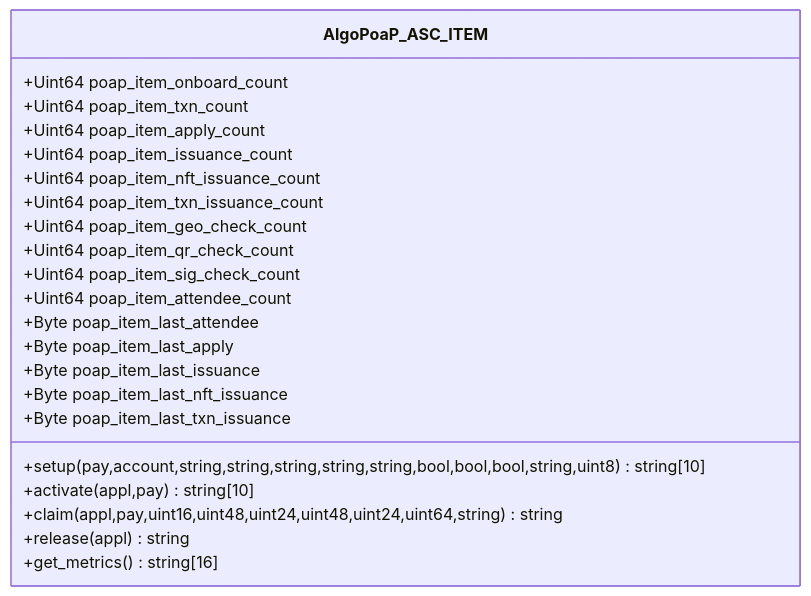
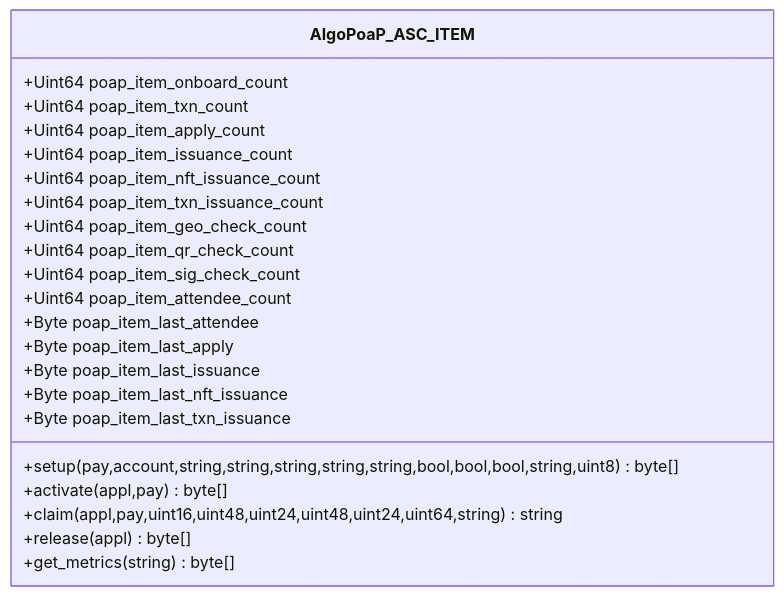
Before and after one commit to GoPlausible/.github: the tenth of 10 diagrams in profile/README.md, drawn with Mermaid. The commit also changed other lines of this file, not shown here.

````diff
--- a/profile/README.md
+++ b/profile/README.md
@@ -361,28 +361,28 @@
 ```mermaid
   classDiagram
     class AlgoPoaP_ASC_ITEM
     AlgoPoaP_ASC_ITEM : +Uint64 poap_item_onboard_count
     AlgoPoaP_ASC_ITEM : +Uint64 poap_item_txn_count
     AlgoPoaP_ASC_ITEM : +Uint64 poap_item_apply_count
     AlgoPoaP_ASC_ITEM : +Uint64 poap_item_issuance_count
     AlgoPoaP_ASC_ITEM : +Uint64 poap_item_nft_issuance_count
     AlgoPoaP_ASC_ITEM : +Uint64 poap_item_txn_issuance_count
 
     AlgoPoaP_ASC_ITEM : +Uint64 poap_item_geo_check_count
     AlgoPoaP_ASC_ITEM : +Uint64 poap_item_qr_check_count
     AlgoPoaP_ASC_ITEM : +Uint64 poap_item_sig_check_count
 
     AlgoPoaP_ASC_ITEM : +Uint64 poap_item_attendee_count
     AlgoPoaP_ASC_ITEM : +Byte poap_item_last_attendee
     AlgoPoaP_ASC_ITEM : +Byte poap_item_last_apply
     AlgoPoaP_ASC_ITEM : +Byte poap_item_last_issuance
     AlgoPoaP_ASC_ITEM : +Byte poap_item_last_nft_issuance
     AlgoPoaP_ASC_ITEM : +Byte poap_item_last_txn_issuance
-    AlgoPoaP_ASC_ITEM : +setup(pay,account,string,string,string,string,string,bool,bool,bool,string,uint8)string[10]
-    AlgoPoaP_ASC_ITEM : +activate(appl,pay)string[10]
+    AlgoPoaP_ASC_ITEM : +setup(pay,account,string,string,string,string,string,bool,bool,bool,string,uint8)byte[]
+    AlgoPoaP_ASC_ITEM : +activate(appl,pay)byte[]
     AlgoPoaP_ASC_ITEM : +claim(appl,pay,uint16,uint48,uint24,uint48,uint24,uint64,string)string
-    AlgoPoaP_ASC_ITEM : +release(appl)string
-    AlgoPoaP_ASC_ITEM : +get_metrics()string[16]
+    AlgoPoaP_ASC_ITEM : +release(appl)byte[]
+    AlgoPoaP_ASC_ITEM : +get_metrics(string)byte[]
   
     
 ```
````
